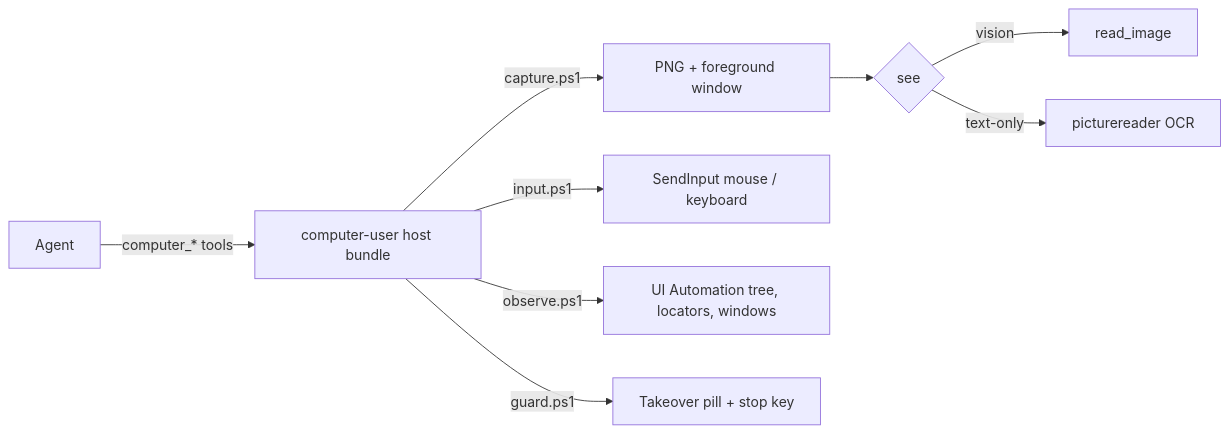
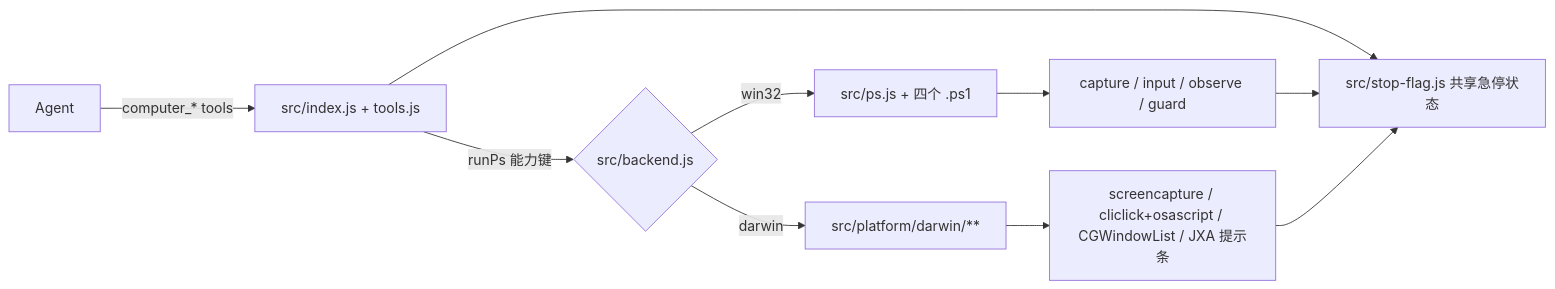
Before and after one commit to jing-hy/computer-user: the diagram in README.md, drawn with Mermaid. The commit also changed other lines of this file and 4 other files, not shown here.

````diff
--- a/README.md
+++ b/README.md
@@ -166,11 +177,12 @@
 ```mermaid
 flowchart LR
-  A[Agent] -->|computer_* tools| B[computer-user host bundle]
-  B -->|capture.ps1| C[PNG + foreground window]
-  B -->|input.ps1| D[SendInput mouse / keyboard]
-  B -->|observe.ps1| E[UI Automation tree, locators, windows]
-  B -->|guard.ps1| F[Takeover pill + stop key]
-  C --> G{see}
-  G -->|vision| H[read_image]
-  G -->|text-only| I[picturereader OCR]
+  A[Agent] -->|computer_* tools| B[src/index.js + tools.js]
+  B -->|runPs 能力键| C{src/backend.js}
+  C -->|win32| D[src/ps.js + 四个 .ps1]
+  C -->|darwin| E[src/platform/darwin/**]
+  D --> D1[capture / input / observe / guard]
+  E --> E1[screencapture / cliclick+osascript / CGWindowList / JXA 提示条]
+  B --> F[src/stop-flag.js 共享急停状态]
+  D1 --> F
+  E1 --> F
 ```
````
